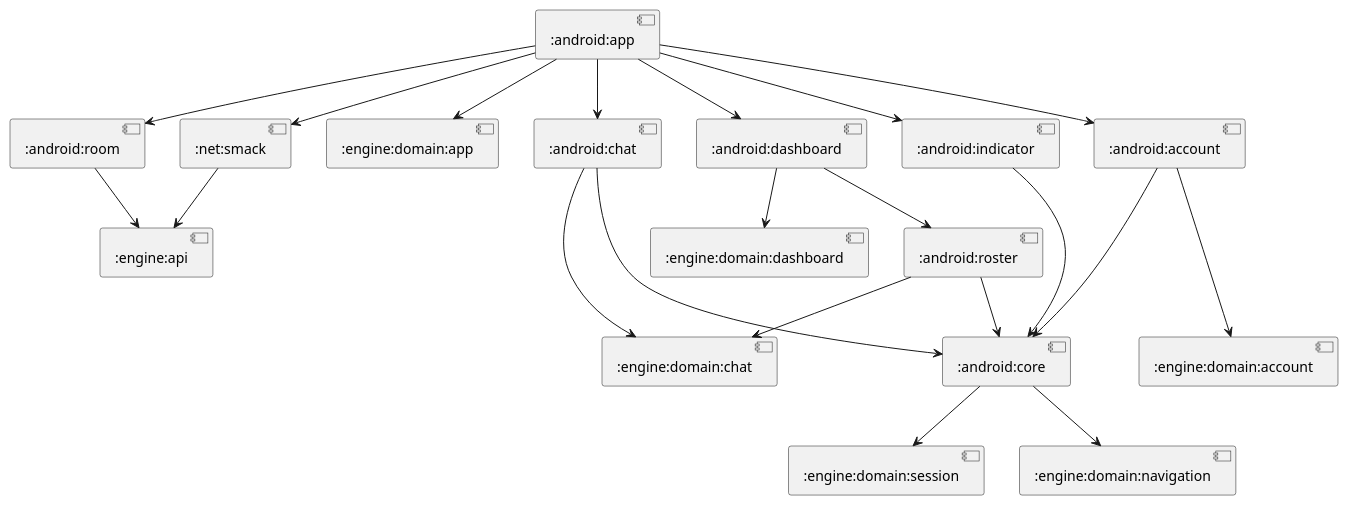
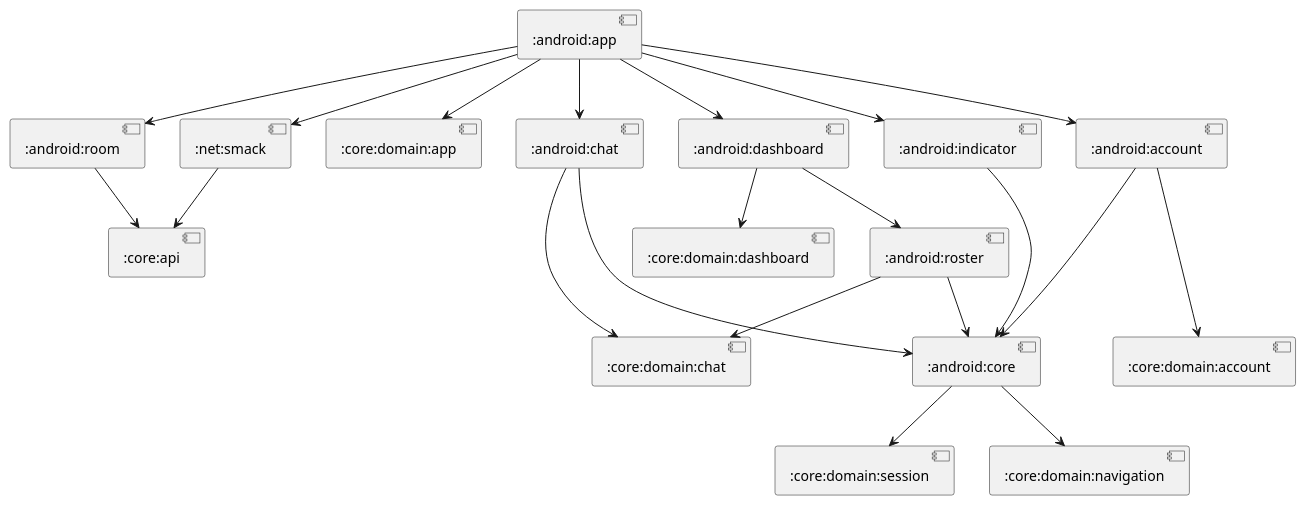
Before and after one commit to cryptopunkscc/crypton: the diagram in android/components.puml, drawn with PlantUML. The commit also changed 325 other files, not shown here.

```diff
--- a/android/components.puml
+++ b/android/components.puml
@@ -1,34 +1,34 @@
 @startuml
 
-[:net:smack] --> [:engine:api]
+[:net:smack] --> [:core:api]
 
-[:android:app] --> [:engine:domain:app]
+[:android:app] --> [:core:domain:app]
 [:android:app] --> [:net:smack]
 [:android:app] --> [:android:room]
 [:android:app] --> [:android:dashboard]
 [:android:app] --> [:android:chat]
 [:android:app] --> [:android:account]
 [:android:app] --> [:android:indicator]
 
 [:android:account] --> [:android:core]
-[:android:account] ---> [:engine:domain:account]
+[:android:account] ---> [:core:domain:account]
 
 [:android:chat] ---> [:android:core]
-[:android:chat] --> [:engine:domain:chat]
+[:android:chat] --> [:core:domain:chat]
 
 [:android:dashboard] --> [:android:roster]
-[:android:dashboard] --> [:engine:domain:dashboard]
+[:android:dashboard] --> [:core:domain:dashboard]
 
 [:android:roster] --> [:android:core]
-[:android:roster] --> [:engine:domain:chat]
+[:android:roster] --> [:core:domain:chat]
 
 [:android:indicator] ---> [:android:core]
 
-[:android:core] --> [:engine:domain:session]
-[:android:core] --> [:engine:domain:navigation]
+[:android:core] --> [:core:domain:session]
+[:android:core] --> [:core:domain:navigation]
 
-[:android:room] --> [:engine:api]
+[:android:room] --> [:core:api]
 
 
 
 @enduml
```
